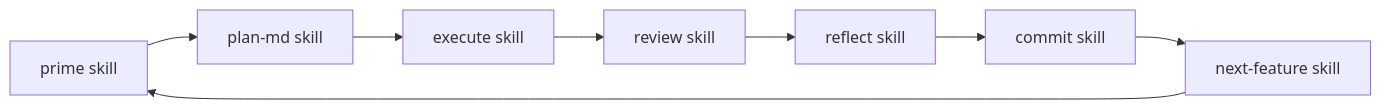
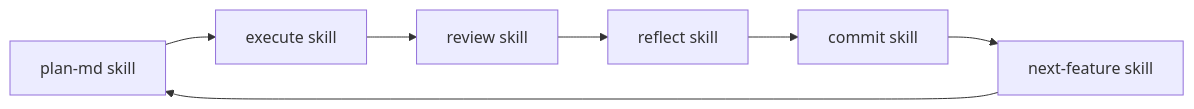
One commit to masta-g3/rules changed the diagram in docs/STRUCTURE.md. Above: the diagram before and after it, drawn with Mermaid. The commit also changed other lines of this file and 15 other files, not shown here.

````diff
--- a/docs/STRUCTURE.md
+++ b/docs/STRUCTURE.md
@@ -81,10 +81,9 @@
 ```mermaid
 graph LR
-    prime["prime skill"] --> plan["plan-md skill"]
-    plan --> execute["execute skill"]
+    plan["plan-md skill"] --> execute["execute skill"]
     execute --> review["review skill"]
     review --> reflect["reflect skill"]
     reflect --> commit["commit skill"]
     commit --> next["next-feature skill"]
-    next --> prime
+    next --> plan
 ```
````
